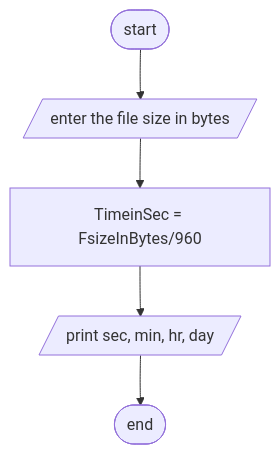
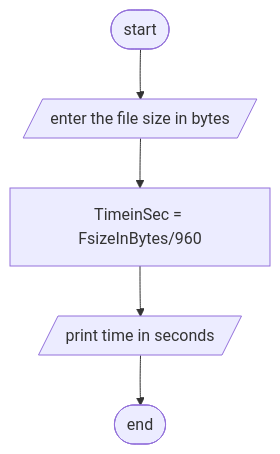
One commit to SWEG-2015EC-Batch/Codify changed the diagram in ETS1118_15_Philipos_Hailu/2nd year/Exercise 1/Q6 File transmission problem/Analysis.md. Above: the diagram before and after it, drawn with Mermaid.

````diff
--- a/ETS1118_15_Philipos_Hailu/2nd year/Exercise 1/Q6 File transmission problem/Analysis.md
+++ b/ETS1118_15_Philipos_Hailu/2nd year/Exercise 1/Q6 File transmission problem/Analysis.md
@@ -23,8 +23,8 @@
 ```mermaid
 flowchart TD;
 A([start]) --> B[/enter the file size in bytes /];
 
 B --> C["TimeinSec = FsizeInBytes/960"];
-C --> D[/print sec, min, hr, day/];
+C --> D[/print time in seconds/];
 D --> E([end]);
 ```
````
